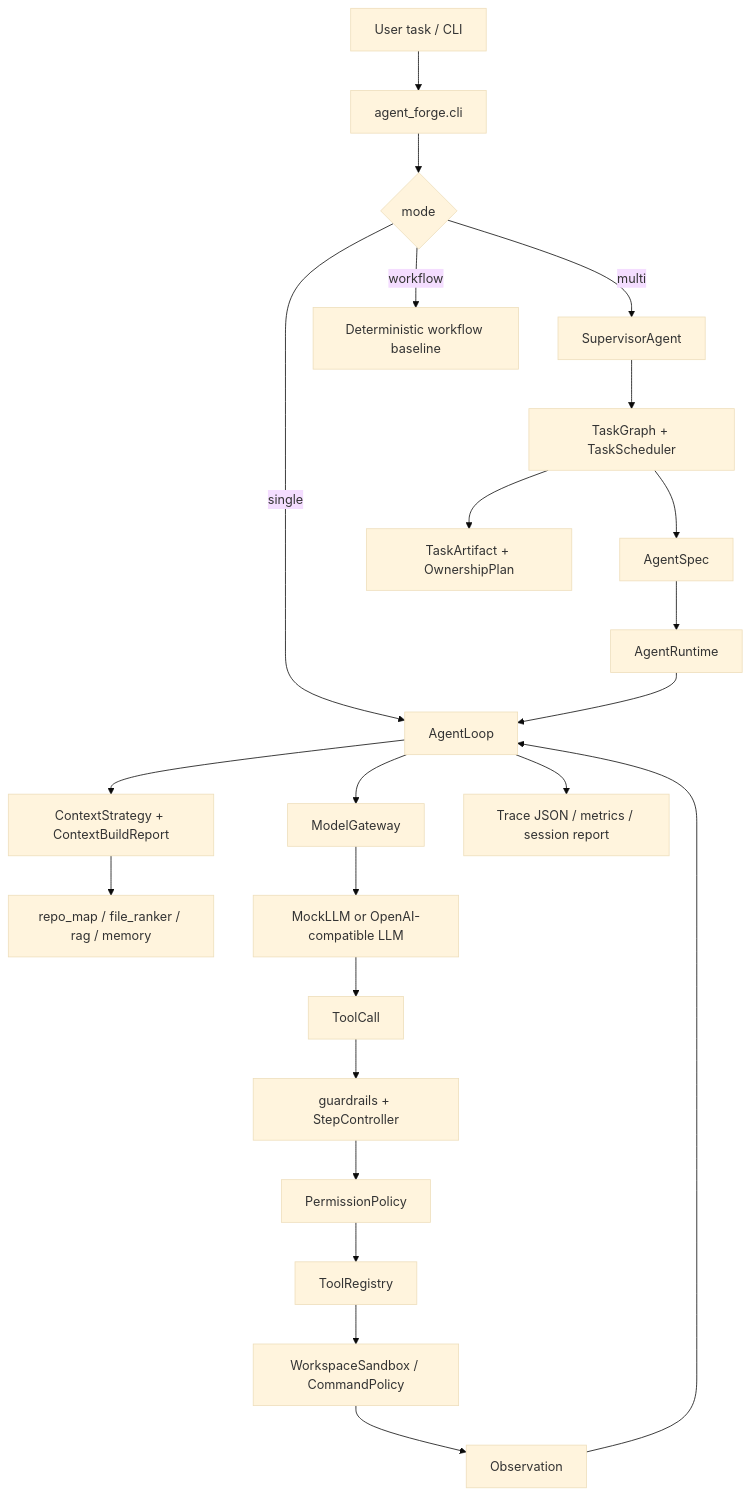
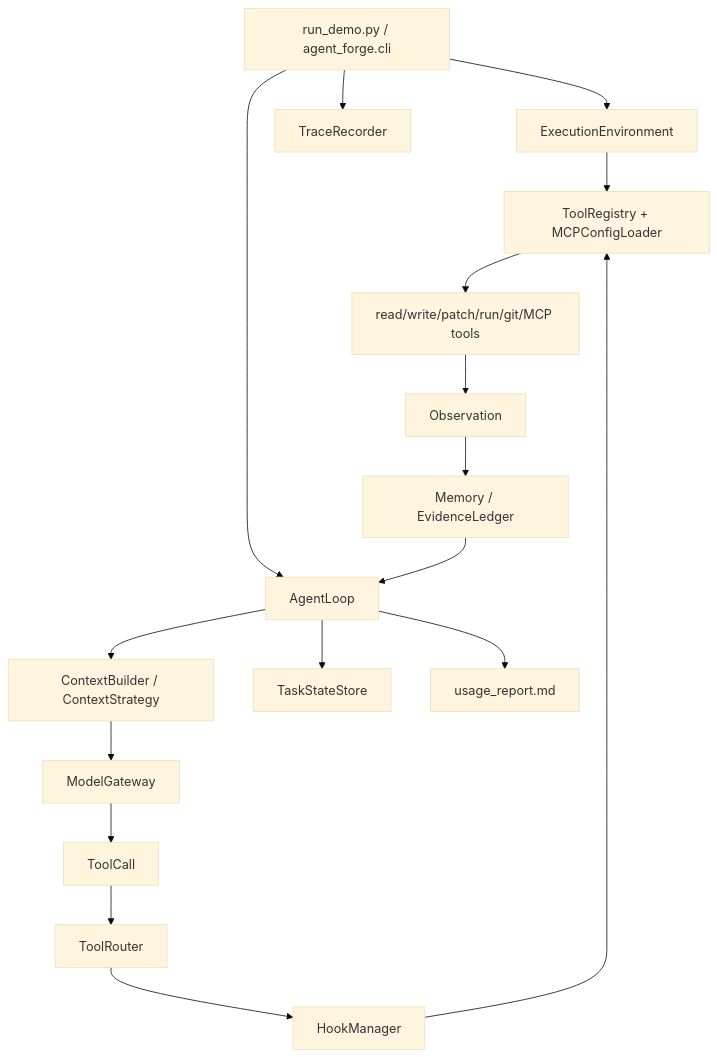
One commit to semi-hollow/NanoHarness changed the diagram in docs/study-pack/01-code-map-and-architecture.md. Above: the diagram before and after it, drawn with Mermaid (base theme). The commit also changed other lines of this file and 28 other files, not shown here.

Commit message:
Harden schema runtime controls and docs

````diff
--- a/docs/study-pack/01-code-map-and-architecture.md
+++ b/docs/study-pack/01-code-map-and-architecture.md
@@ -13,27 +8,19 @@
 ```mermaid
 flowchart TD
-    U["User task / CLI"] --> C["agent_forge.cli"]
-    C --> M{"mode"}
-    M -->|single| L["AgentLoop"]
-    M -->|multi| S["SupervisorAgent"]
-    M -->|workflow| W["Deterministic workflow baseline"]
-
-    L --> CE["ContextStrategy + ContextBuildReport"]
-    CE --> RM["repo_map / file_ranker / rag / memory"]
-    L --> MG["ModelGateway"]
-    MG --> MC["MockLLM or OpenAI-compatible LLM"]
-    MC --> TC["ToolCall"]
-    TC --> GC["guardrails + StepController"]
-    GC --> PP["PermissionPolicy"]
-    PP --> TR["ToolRegistry"]
-    TR --> SB["WorkspaceSandbox / CommandPolicy"]
-    SB --> OB["Observation"]
-    OB --> L
-    L --> T["Trace JSON / metrics / session report"]
-
-    S --> TG["TaskGraph + TaskScheduler"]
-    TG --> AS["AgentSpec"]
-    AS --> AR["AgentRuntime"]
-    AR --> L
-    TG --> TA["TaskArtifact + OwnershipPlan"]
+    CLI["run_demo.py / agent_forge.cli"] --> Env["ExecutionEnvironment"]
+    Env --> Registry["ToolRegistry + MCPConfigLoader"]
+    CLI --> Trace["TraceRecorder"]
+    CLI --> Loop["AgentLoop"]
+    Loop --> Context["ContextBuilder / ContextStrategy"]
+    Context --> LLM["ModelGateway"]
+    LLM --> ToolCall["ToolCall"]
+    ToolCall --> Router["ToolRouter"]
+    Router --> Hooks["HookManager"]
+    Hooks --> Registry
+    Registry --> Tools["read/write/patch/run/git/MCP tools"]
+    Tools --> Obs["Observation"]
+    Obs --> Memory["Memory / EvidenceLedger"]
+    Memory --> Loop
+    Loop --> State["TaskStateStore"]
+    Loop --> Usage["usage_report.md"]
 ```
````
